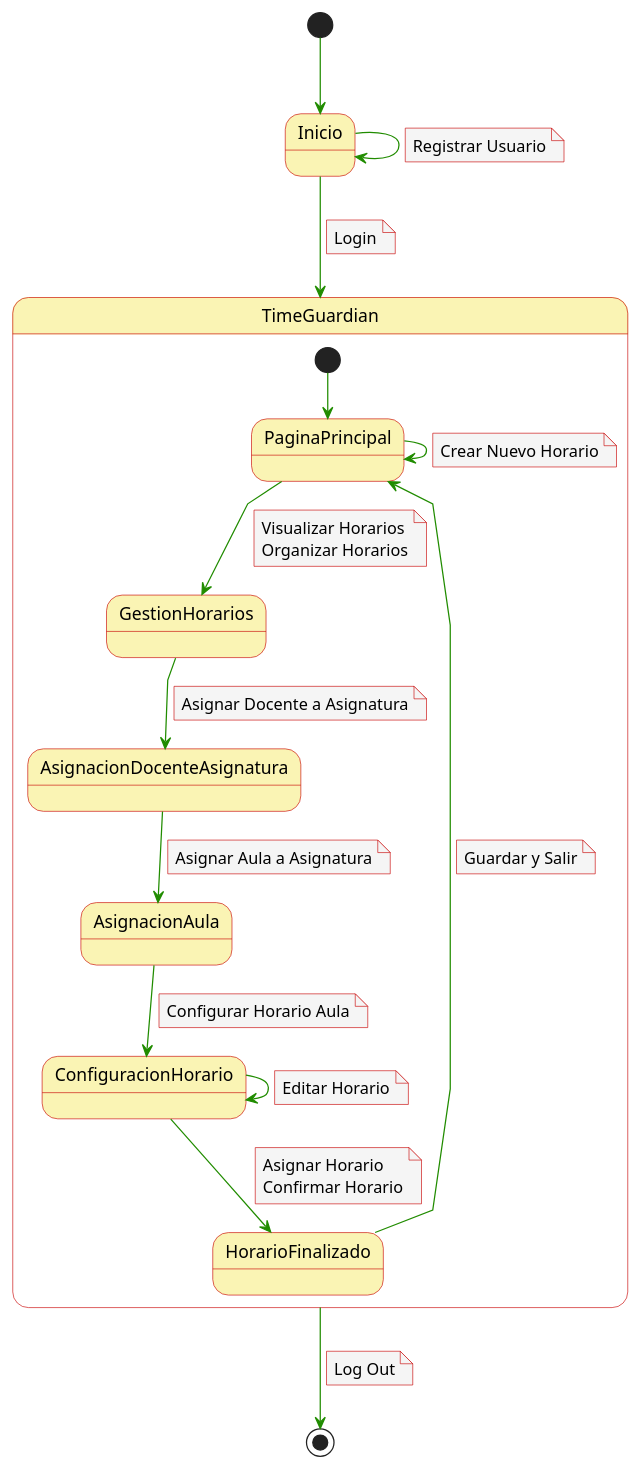
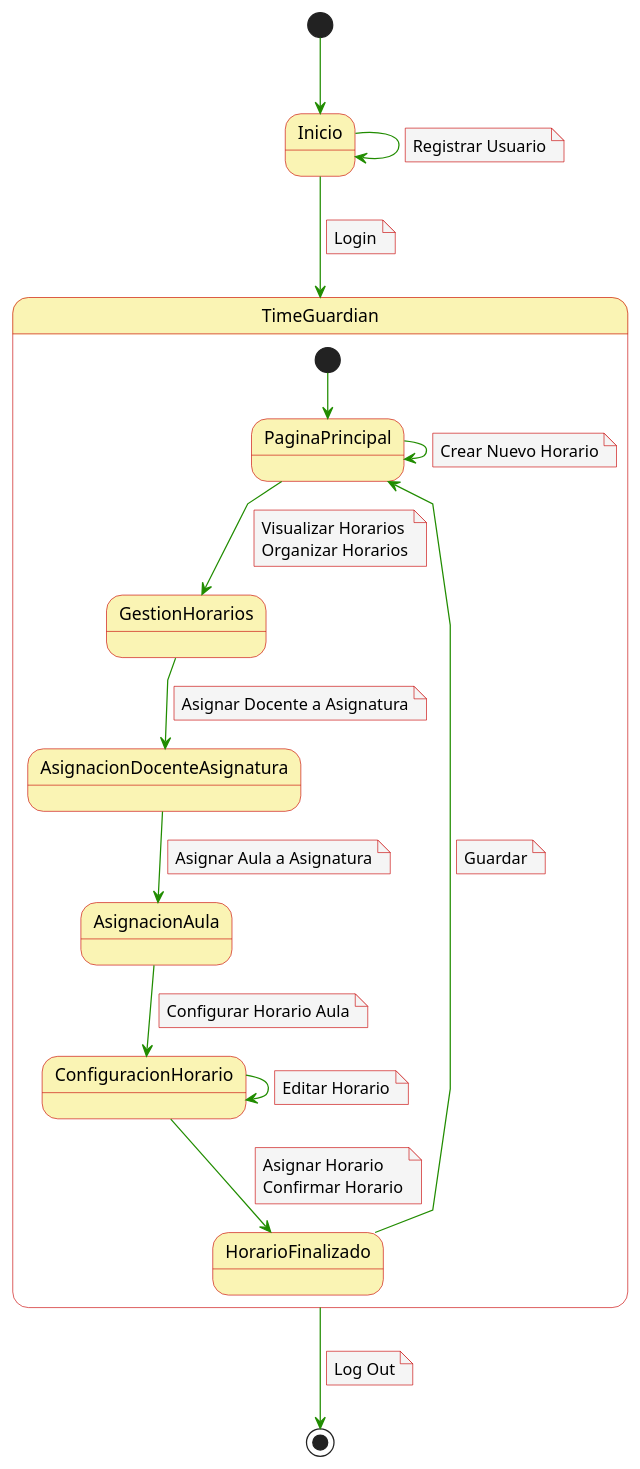
The diagram in Casos de Uso/DiagramaContexto.puml (mmasias/23-24-IdSw1-SDR), drawn with PlantUML before and after one commit. The commit also changed 3 other files, not shown here.

```diff
--- a/Casos de Uso/DiagramaContexto.puml
+++ b/Casos de Uso/DiagramaContexto.puml
@@ -1,69 +1,69 @@
 @startuml
 skinparam noteBackgroundColor #f5f5f5
 skinparam noteBorderColor #c90000
 skinparam arrowColor #218c00
 skinparam stateBackgroundColor #faf4b4
 skinparam stateBorderColor #c90000
 skinparam linetype polyline
 skinparam arrowThickness 1
 
 [*] --> Inicio
 
 Inicio -d-> TimeGuardian
 note on link
   Login
 end note
 Inicio -d-> Inicio
 note on link
   Registrar Usuario
 end note
 
 State TimeGuardian {
 [*] --> PaginaPrincipal
 
 PaginaPrincipal -d-> GestionHorarios
 note on link
   Visualizar Horarios
   Organizar Horarios
 end note
 PaginaPrincipal -d-> PaginaPrincipal
 note on link
   Crear Nuevo Horario
 end note
 
 GestionHorarios -d-> AsignacionDocenteAsignatura
 note on link
   Asignar Docente a Asignatura
 end note
 
 AsignacionDocenteAsignatura -d-> AsignacionAula
 note on link
   Asignar Aula a Asignatura
 end note
 
 AsignacionAula -d-> ConfiguracionHorario
 note on link
   Configurar Horario Aula
 end note
 
 ConfiguracionHorario -d-> HorarioFinalizado
 note on link
   Asignar Horario
   Confirmar Horario
 end note
 ConfiguracionHorario -d-> ConfiguracionHorario
 note on link
   Editar Horario
 end note
 
 HorarioFinalizado -d-> PaginaPrincipal
 note on link
-  Guardar y Salir
+  Guardar
 end note
 }
 
 TimeGuardian --> [*]
 note on link
   Log Out
 end note
 @enduml
```
